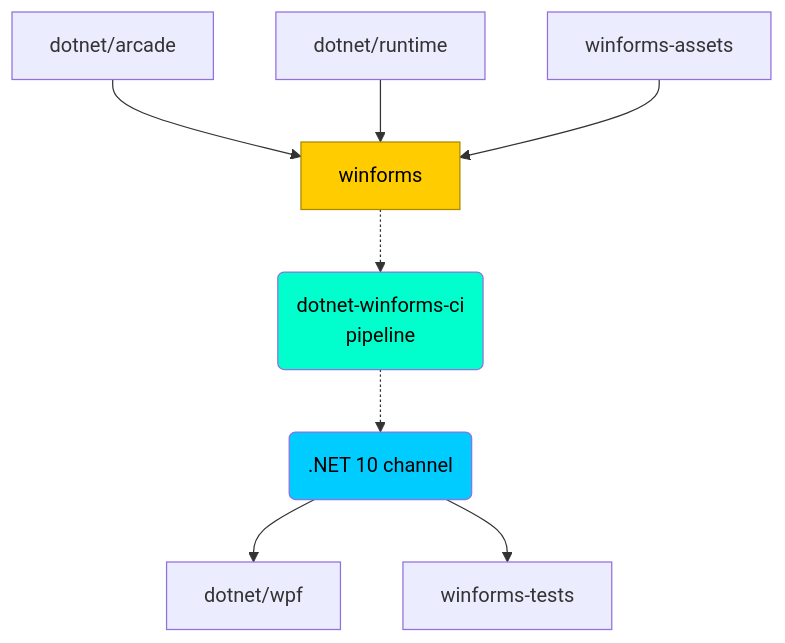
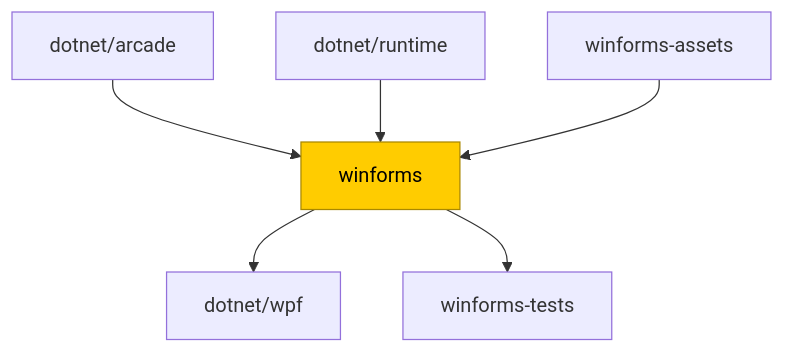
The third of 4 diagrams in Documentation/UnifiedBuild/Flat flow migration guide.md (dotnet/arcade), drawn with Mermaid before and after one commit. The commit also changed other lines of this file, not shown here.

Commit message:
Simplify the dependency graph

````diff
--- a/Documentation/UnifiedBuild/Flat flow migration guide.md
+++ b/Documentation/UnifiedBuild/Flat flow migration guide.md
@@ -153,15 +153,10 @@
 ```mermaid
 graph TD
     arcade[dotnet/arcade] --> winforms:::active
     runtime[dotnet/runtime] --> winforms
     winformsAssets[winforms-assets]--> winforms
-    net10 --> wpf[dotnet/wpf]
-
-    winforms -.-> winformsCi(dotnet-winforms-ci<br/>pipeline):::pipeline
-    winformsCi -.-> net10(.NET 10 channel):::channel
-    net10 --> winformsTests[winforms-tests]
+    winforms --> wpf[dotnet/wpf]
+    winforms --> winformsTests[winforms-tests]
 
     classDef active fill:#ffcc00,stroke:#aa8800,color:#000;
-    classDef pipeline fill:#00ffcc,color:#000;
-    classDef channel fill:#00ccff,color:#000;
 ```
````
